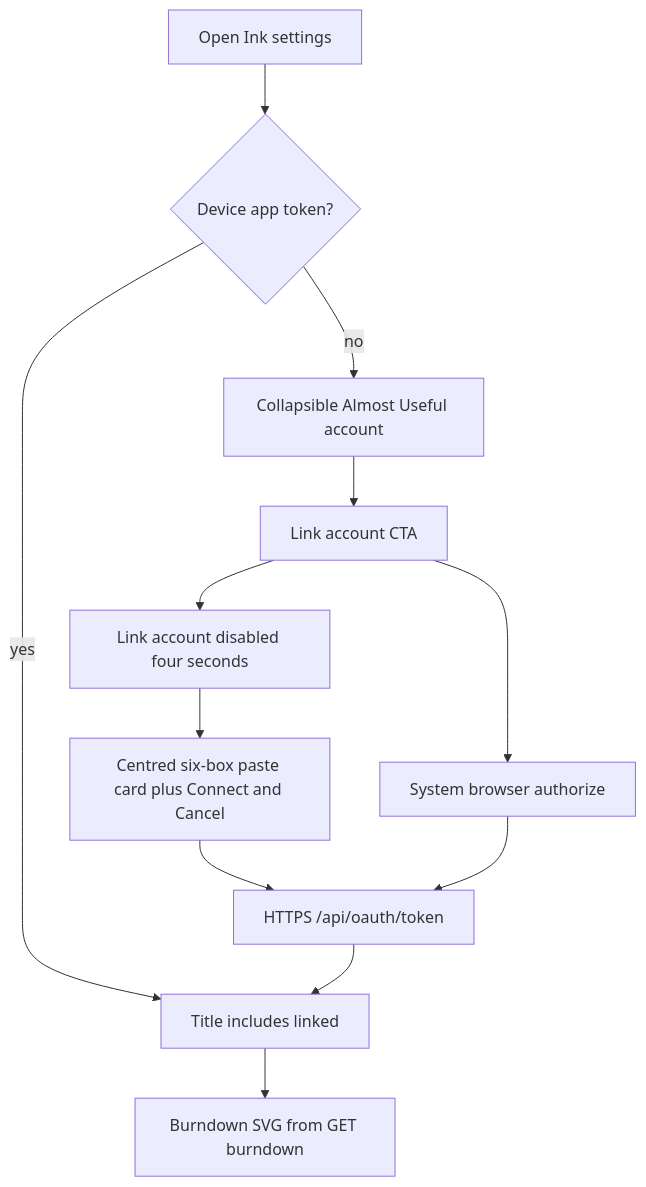
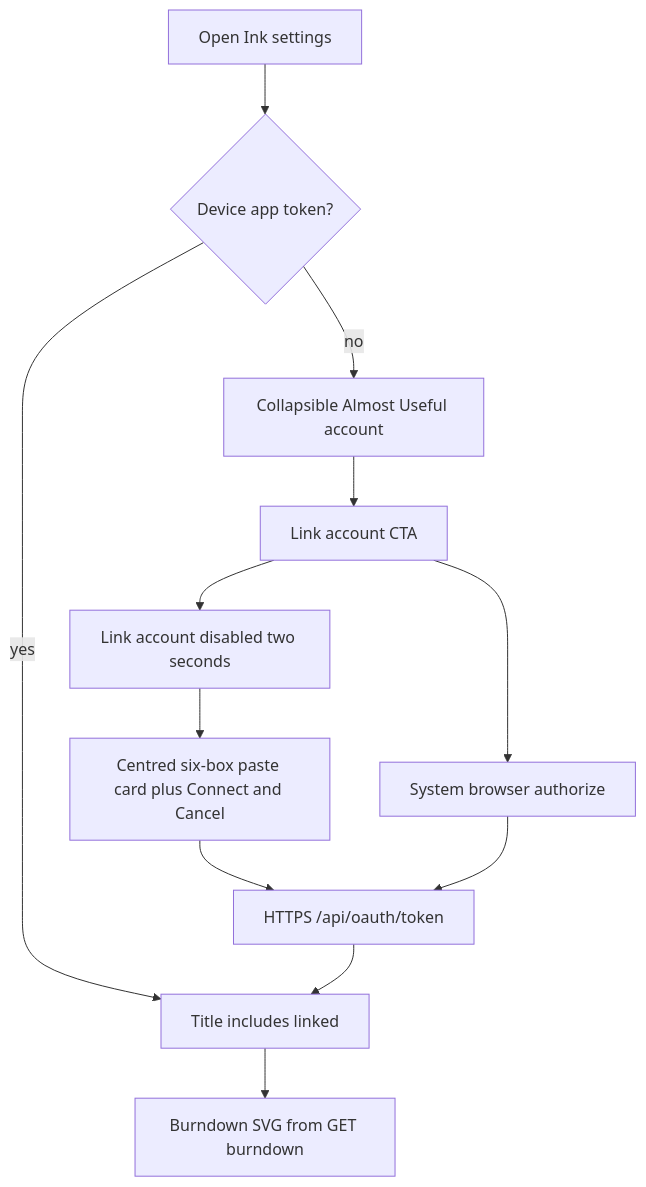
Before and after one commit to daledesilva/obsidian_ink: the second of 2 diagrams in docs/almostuseful-account.md, drawn with Mermaid. The commit also changed other lines of this file and 4 other files, not shown here.

Commit message:
updated: Halved the Almost Useful paste-UI delay and added a fallback authorize link because some devices never opened the system browser on Link account. Persisted the PKCE challenge in handoff state so the paste card could rebuild the authorize URL after settings re-render.

````diff
--- a/docs/almostuseful-account.md
+++ b/docs/almostuseful-account.md
@@ -38,15 +38,15 @@
 ```mermaid
 flowchart TD
   OpenSettings[Open Ink settings]
   OpenSettings --> SignedIn{Device app token?}
   SignedIn -->|no| LoggedOut[Collapsible Almost Useful account]
   LoggedOut --> Idle[Link account CTA]
-  Idle --> Opening[Link account disabled four seconds]
+  Idle --> Opening[Link account disabled two seconds]
   Opening --> Pending[Centred six-box paste card plus Connect and Cancel]
   Idle --> BrowserLogin[System browser authorize]
   Pending --> Exchange[HTTPS /api/oauth/token]
   BrowserLogin --> Exchange
   SignedIn -->|yes| Header[Title includes linked]
   Header --> Charts[Burndown SVG from GET burndown]
   Exchange --> Header
 ```
````
